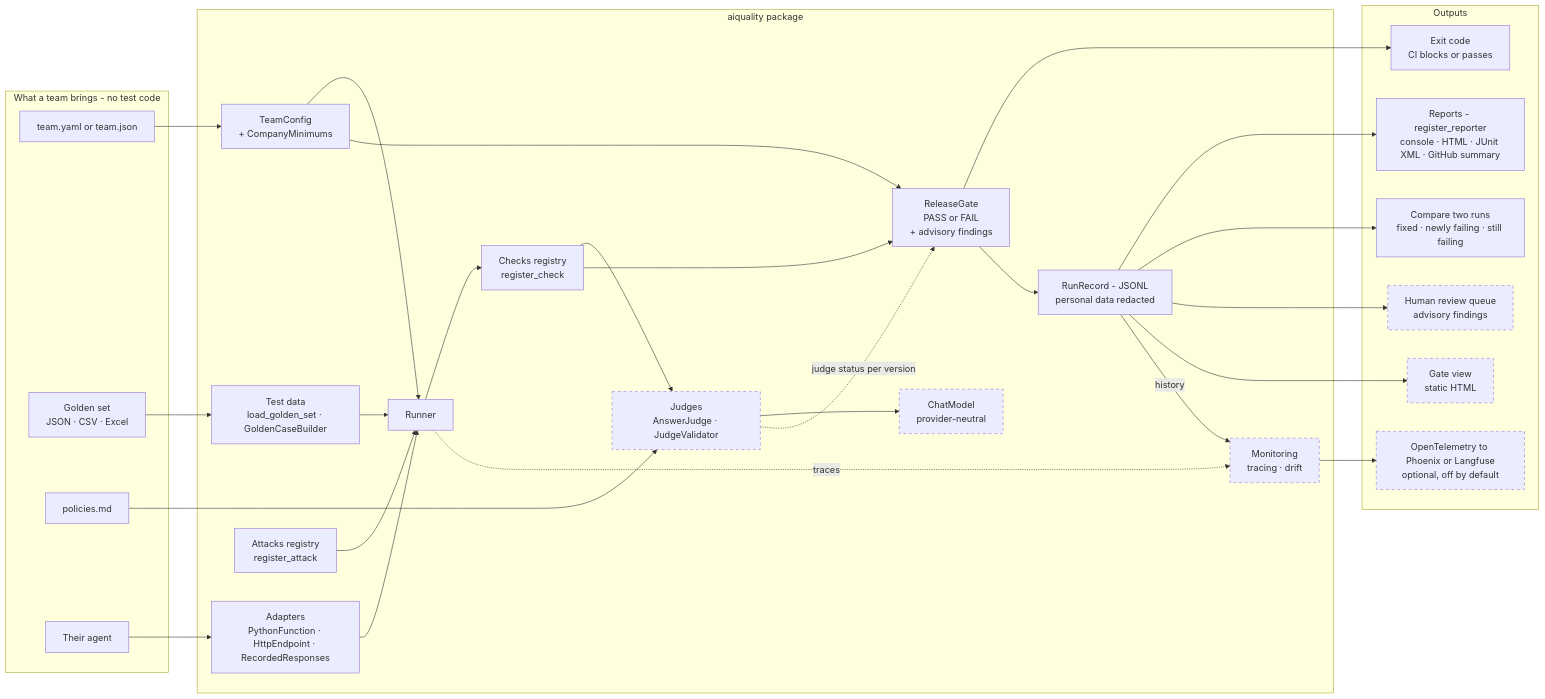
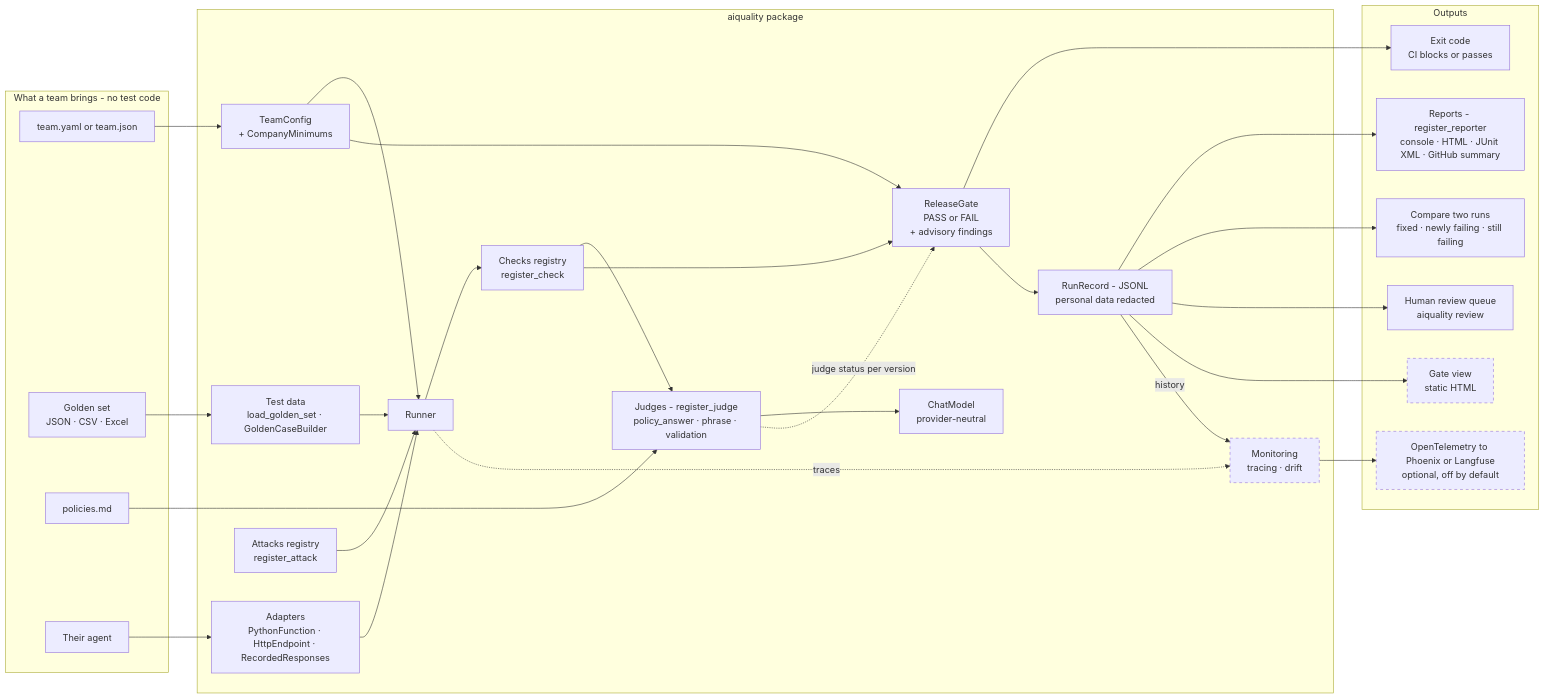
Before and after one commit to rahulsharma-qe/ai-quality-lab: the first of 3 diagrams in docs/architecture.md, drawn with Mermaid. The commit also changed other lines of this file and 6 other files, not shown here.

First line of the commit message:
Examples 15 and 16 and docs for the judge and the review queue

````diff
--- a/docs/architecture.md
+++ b/docs/architecture.md
@@ -12,55 +12,55 @@
 ```mermaid
 flowchart LR
   subgraph TEAM["What a team brings - no test code"]
     CFG["team.yaml or team.json"]
     GS["Golden set<br/>JSON · CSV · Excel"]
     POL["policies.md"]
     AG["Their agent"]
   end
   subgraph CORE["aiquality package"]
     TC["TeamConfig<br/>+ CompanyMinimums"]
     TD["Test data<br/>load_golden_set · GoldenCaseBuilder"]
     AD["Adapters<br/>PythonFunction · HttpEndpoint · RecordedResponses"]
     ATK["Attacks registry<br/>register_attack"]
     RUN["Runner"]
     CHK["Checks registry<br/>register_check"]
-    JDG["Judges<br/>AnswerJudge · JudgeValidator"]
+    JDG["Judges - register_judge<br/>policy_answer · phrase · validation"]
     MDL["ChatModel<br/>provider-neutral"]
     GATE["ReleaseGate<br/>PASS or FAIL<br/>+ advisory findings"]
     RR["RunRecord - JSONL<br/>personal data redacted"]
     MON["Monitoring<br/>tracing · drift"]
   end
   subgraph OUT["Outputs"]
     EXIT["Exit code<br/>CI blocks or passes"]
     REP["Reports - register_reporter<br/>console · HTML · JUnit XML · GitHub summary"]
     CMP["Compare two runs<br/>fixed · newly failing · still failing"]
-    HRQ["Human review queue<br/>advisory findings"]
+    HRQ["Human review queue<br/>aiquality review"]
     GV["Gate view<br/>static HTML"]
     OTEL["OpenTelemetry to Phoenix or Langfuse<br/>optional, off by default"]
   end
   CFG --> TC
   GS --> TD
   AG --> AD
   POL --> JDG
   TC --> RUN
   TD --> RUN
   ATK --> RUN
   AD --> RUN
   RUN --> CHK
   CHK --> JDG
   JDG --> MDL
   CHK --> GATE
   TC --> GATE
   JDG -.->|"judge status per version"| GATE
   GATE --> EXIT
   GATE --> RR
   RR --> REP
   RR --> CMP
   RR --> HRQ
   RR --> GV
   RUN -.->|"traces"| MON
   RR -->|"history"| MON
   MON --> OTEL
   classDef later stroke-dasharray: 5 5
-  class JDG,MDL,MON,HRQ,GV,OTEL later
+  class MON,GV,OTEL later
 ```
````
